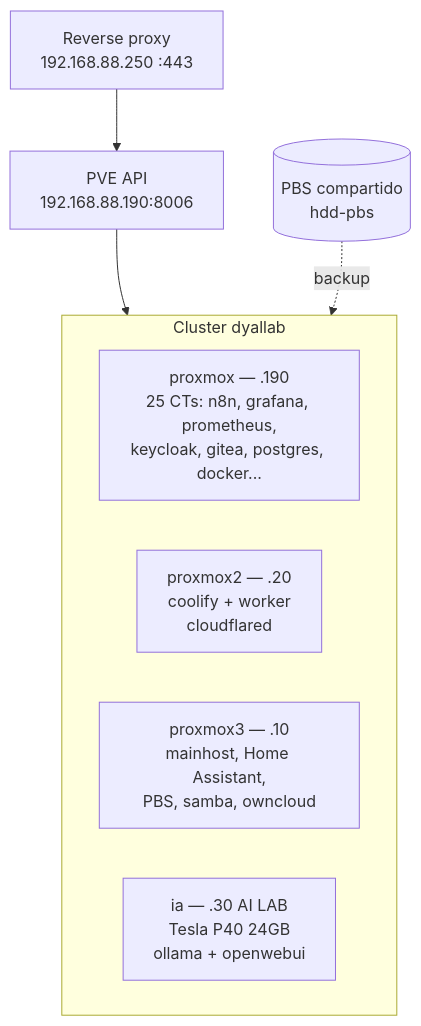
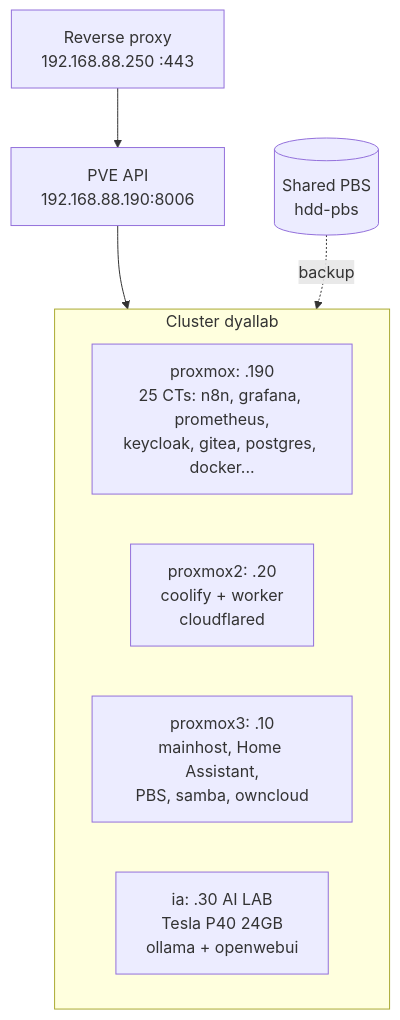
The diagram in blog/corriendo-llms-tesla-p40.md (jd-apprentice/jd-llm), drawn with Mermaid before and after one commit. The commit also changed other lines of this file and 23 other files, not shown here.

````diff
--- a/blog/corriendo-llms-tesla-p40.md
+++ b/blog/corriendo-llms-tesla-p40.md
@@ -53,12 +53,12 @@
 ```mermaid
 flowchart TB
     RP["Reverse proxy<br/>192.168.88.250 :443"] --> PVE["PVE API<br/>192.168.88.190:8006"]
     subgraph CLUSTER["Cluster dyallab"]
-        N1["proxmox — .190<br/>25 CTs: n8n, grafana, prometheus,<br/>keycloak, gitea, postgres, docker..."]
-        N2["proxmox2 — .20<br/>coolify + worker<br/>cloudflared"]
-        N3["proxmox3 — .10<br/>mainhost, Home Assistant,<br/>PBS, samba, owncloud"]
-        NIA["ia — .30 AI LAB<br/>Tesla P40 24GB<br/>ollama + openwebui"]
+        N1["proxmox: .190<br/>25 CTs: n8n, grafana, prometheus,<br/>keycloak, gitea, postgres, docker..."]
+        N2["proxmox2: .20<br/>coolify + worker<br/>cloudflared"]
+        N3["proxmox3: .10<br/>mainhost, Home Assistant,<br/>PBS, samba, owncloud"]
+        NIA["ia: .30 AI LAB<br/>Tesla P40 24GB<br/>ollama + openwebui"]
     end
     PVE --> CLUSTER
-    PBS[("PBS compartido<br/>hdd-pbs")] -. backup .-> CLUSTER
+    PBS[("Shared PBS<br/>hdd-pbs")] -. backup .-> CLUSTER
 ```
````
